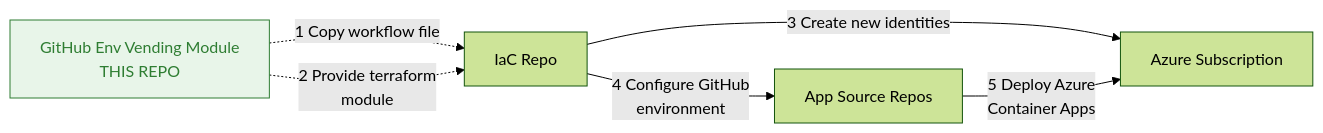
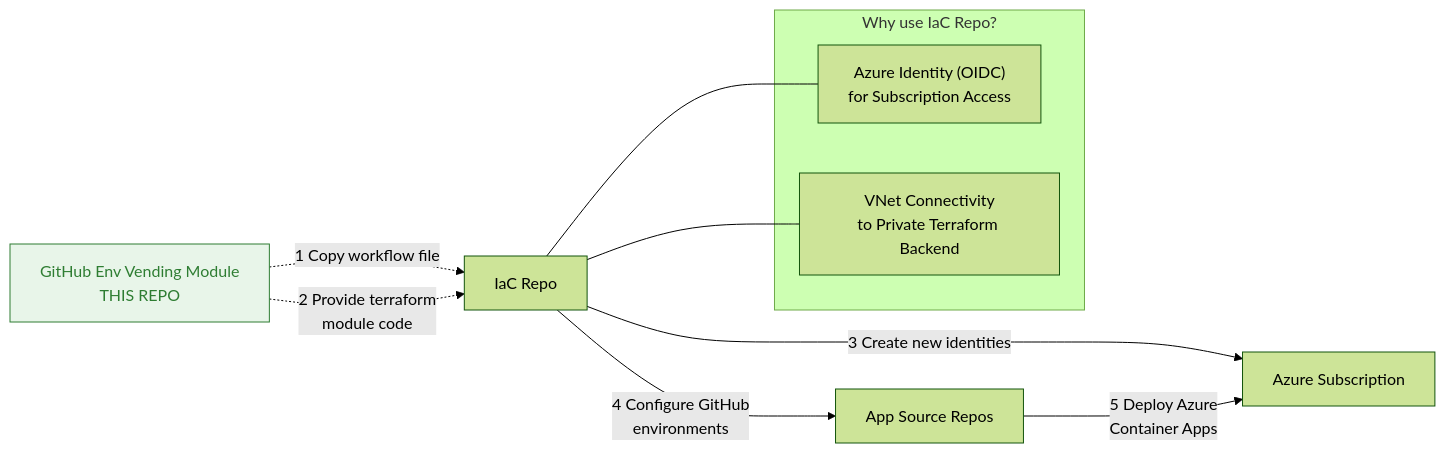
One commit to HafslundEcoVannkraft/stratus-tf-github-environments changed the second of 2 diagrams in README.md. Above: the diagram before and after it, drawn with Mermaid (forest theme). The commit also changed other lines of this file and 13 other files, not shown here.

````diff
--- a/README.md
+++ b/README.md
@@ -278,10 +295,18 @@
 ```mermaid
 graph LR
     B["GitHub Env Vending Module<br>THIS REPO"] -.->|"1 Copy workflow file"| A[IaC Repo]
-    B -.-> |"2 Provide terraform<br>module"| A
+    B -.-> |"2 Provide terraform<br>module code"| A
     A --> |"3 Create new identities"| D[Azure Subscription]
-    A --> |"4 Configure GitHub<br>environment"| C[App Source Repos]
+    A --> |"4 Configure GitHub<br>environments"| C[App Source Repos]
     C --> |"5 Deploy Azure<br>Container Apps"| D
     
     style B fill:#e8f5e9,stroke:#2e7d32,color:#2e7d32
+    
+    subgraph "Why use IaC Repo?"
+        E["Azure Identity (OIDC)<br>for Subscription Access"]
+        F["VNet Connectivity<br>to Private Terraform Backend"]
+    end
+    
+    A --- E
+    A --- F
 ```
````
